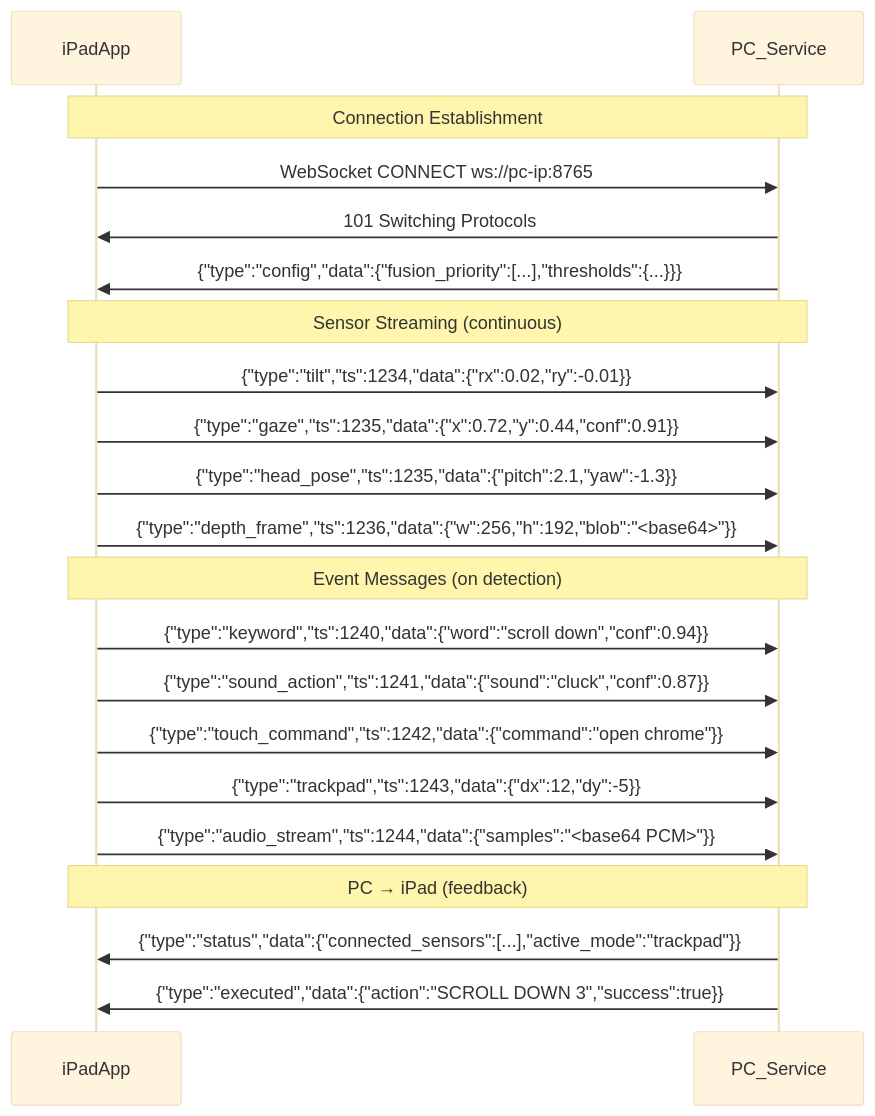
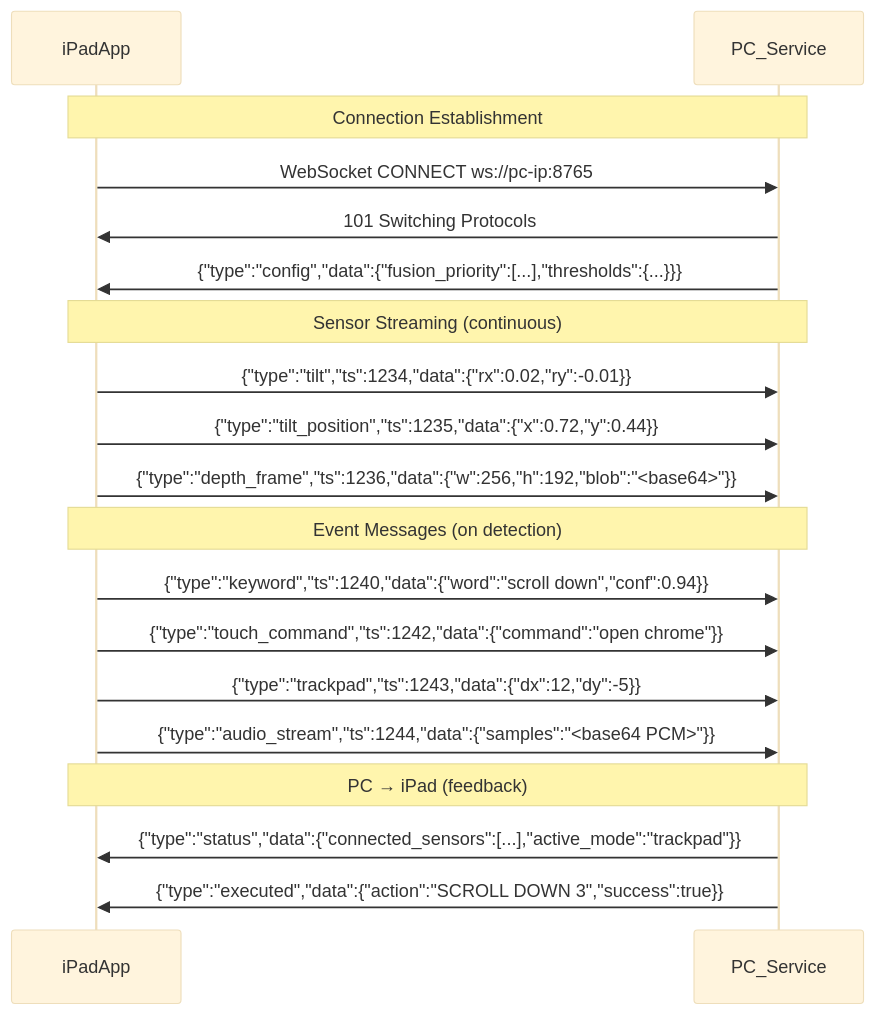
Before and after one commit to Bradly187/Personal-Desktop-Agent: the third of 4 diagrams in specs/ipad-sensor-focus/diagrams/01-system-architecture.md, drawn with Mermaid (base theme). The commit also changed other lines of this file and 16 other files, not shown here.

````diff
--- a/specs/ipad-sensor-focus/diagrams/01-system-architecture.md
+++ b/specs/ipad-sensor-focus/diagrams/01-system-architecture.md
@@ -86,27 +84,25 @@
 ```mermaid
 sequenceDiagram
     participant iPad as iPadApp
     participant PC as PC_Service
 
     Note over iPad,PC: Connection Establishment
     iPad->>PC: WebSocket CONNECT ws://pc-ip:8765
     PC->>iPad: 101 Switching Protocols
     PC->>iPad: {"type":"config","data":{"fusion_priority":[...],"thresholds":{...}}}
 
     Note over iPad,PC: Sensor Streaming (continuous)
     iPad->>PC: {"type":"tilt","ts":1234,"data":{"rx":0.02,"ry":-0.01}}
-    iPad->>PC: {"type":"gaze","ts":1235,"data":{"x":0.72,"y":0.44,"conf":0.91}}
-    iPad->>PC: {"type":"head_pose","ts":1235,"data":{"pitch":2.1,"yaw":-1.3}}
+    iPad->>PC: {"type":"tilt_position","ts":1235,"data":{"x":0.72,"y":0.44}}
     iPad->>PC: {"type":"depth_frame","ts":1236,"data":{"w":256,"h":192,"blob":"<base64>"}}
 
     Note over iPad,PC: Event Messages (on detection)
     iPad->>PC: {"type":"keyword","ts":1240,"data":{"word":"scroll down","conf":0.94}}
-    iPad->>PC: {"type":"sound_action","ts":1241,"data":{"sound":"cluck","conf":0.87}}
     iPad->>PC: {"type":"touch_command","ts":1242,"data":{"command":"open chrome"}}
     iPad->>PC: {"type":"trackpad","ts":1243,"data":{"dx":12,"dy":-5}}
     iPad->>PC: {"type":"audio_stream","ts":1244,"data":{"samples":"<base64 PCM>"}}
 
     Note over iPad,PC: PC → iPad (feedback)
     PC->>iPad: {"type":"status","data":{"connected_sensors":[...],"active_mode":"trackpad"}}
     PC->>iPad: {"type":"executed","data":{"action":"SCROLL DOWN 3","success":true}}
 ```
````
